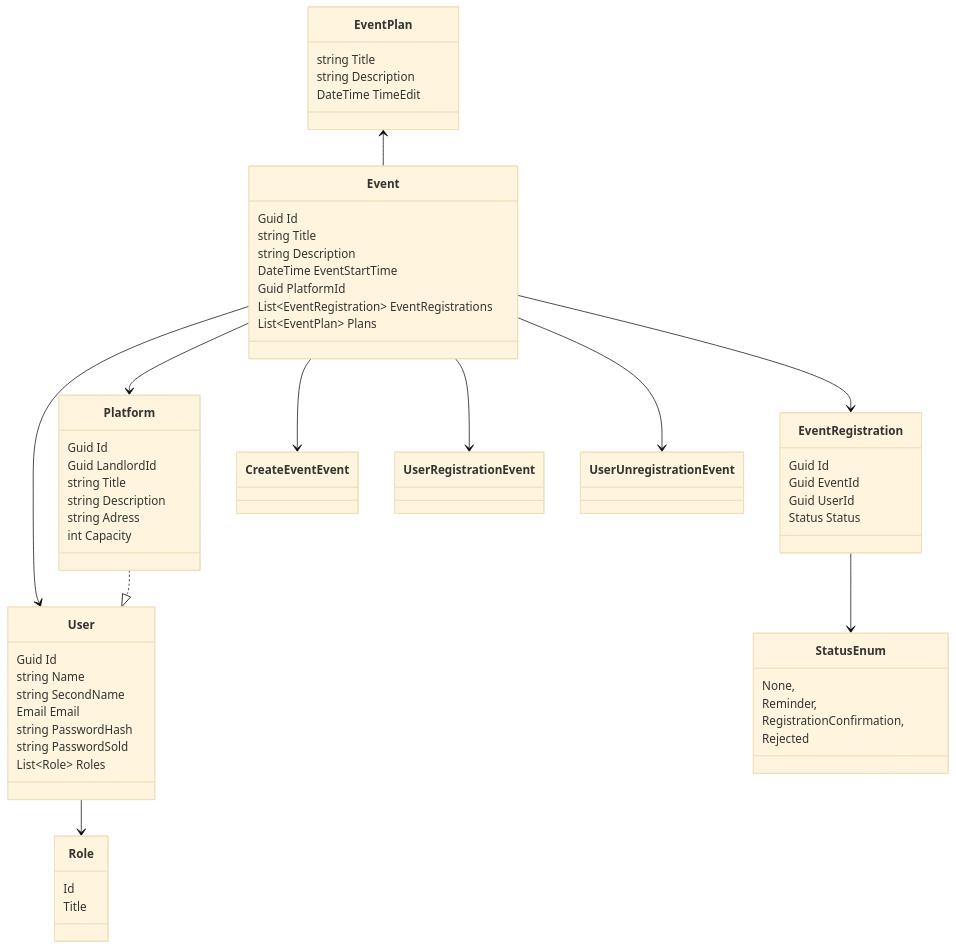
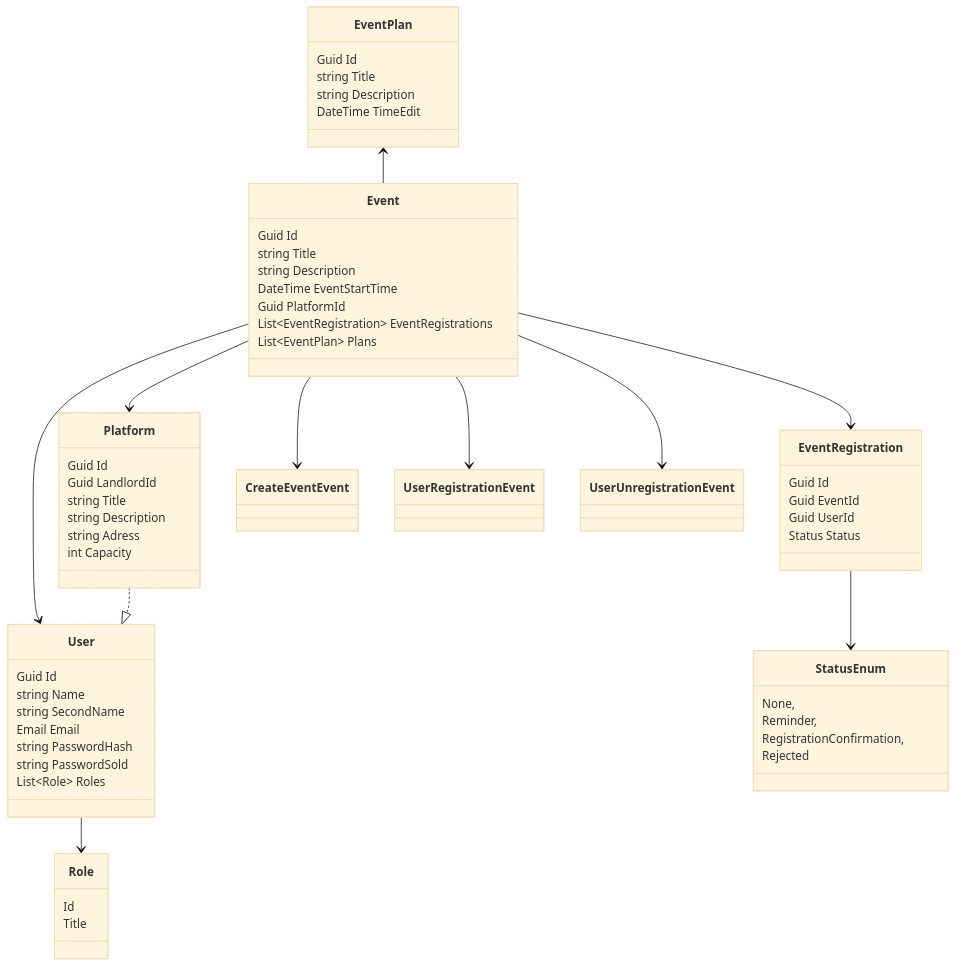
The diagram in README.md (denismakalich/Realize), drawn with Mermaid (base theme) before and after one commit.

````diff
--- a/README.md
+++ b/README.md
@@ -2,68 +2,69 @@
 ```mermaid
 classDiagram
     User --> Role
 
     Event --> User
     Event --> Platform
     Event --> EventRegistration
     EventRegistration --> StatusEnum
     Event --> CreateEventEvent
     Event --> UserRegistrationEvent
     Event --> UserUnregistrationEvent
     EventPlan <-- Event
     Platform ..|> User
 
     class Role{
         Id
         Title
     }
 
     class User{
         Guid Id
         string Name
         string SecondName
         Email Email
         string PasswordHash
         string PasswordSold
         List~Role~ Roles
     }
 
     class Event{
         Guid Id
         string Title
         string Description
         DateTime EventStartTime
         Guid PlatformId
         List~EventRegistration~ EventRegistrations 
         List~EventPlan~ Plans
     }
 
     class Platform{
         Guid Id
         Guid LandlordId
         string Title
         string Description
         string Adress
         int Capacity
     }
 
     class EventRegistration{
         Guid Id
         Guid EventId
         Guid UserId
         Status Status
     }
 
     class StatusEnum{
         None,
         Reminder, 
         RegistrationConfirmation,
         Rejected
     }
 
     class EventPlan{
+        Guid Id
         string Title
         string Description
         DateTime TimeEdit
     }
 ```
````
